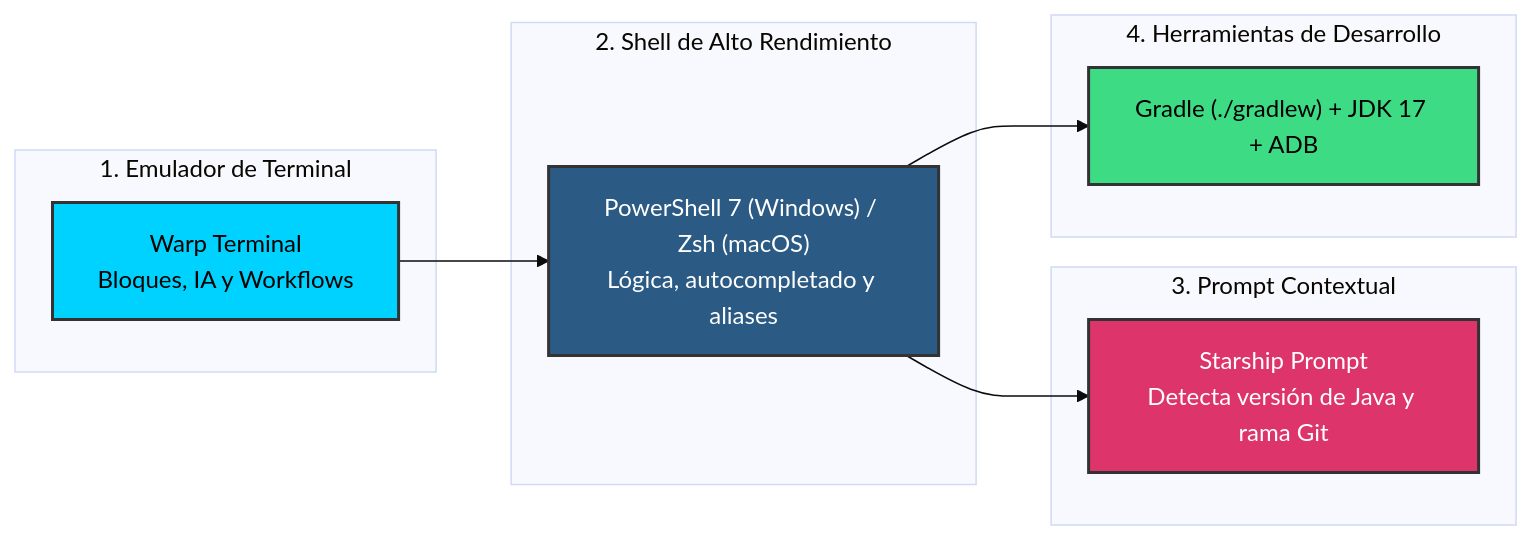
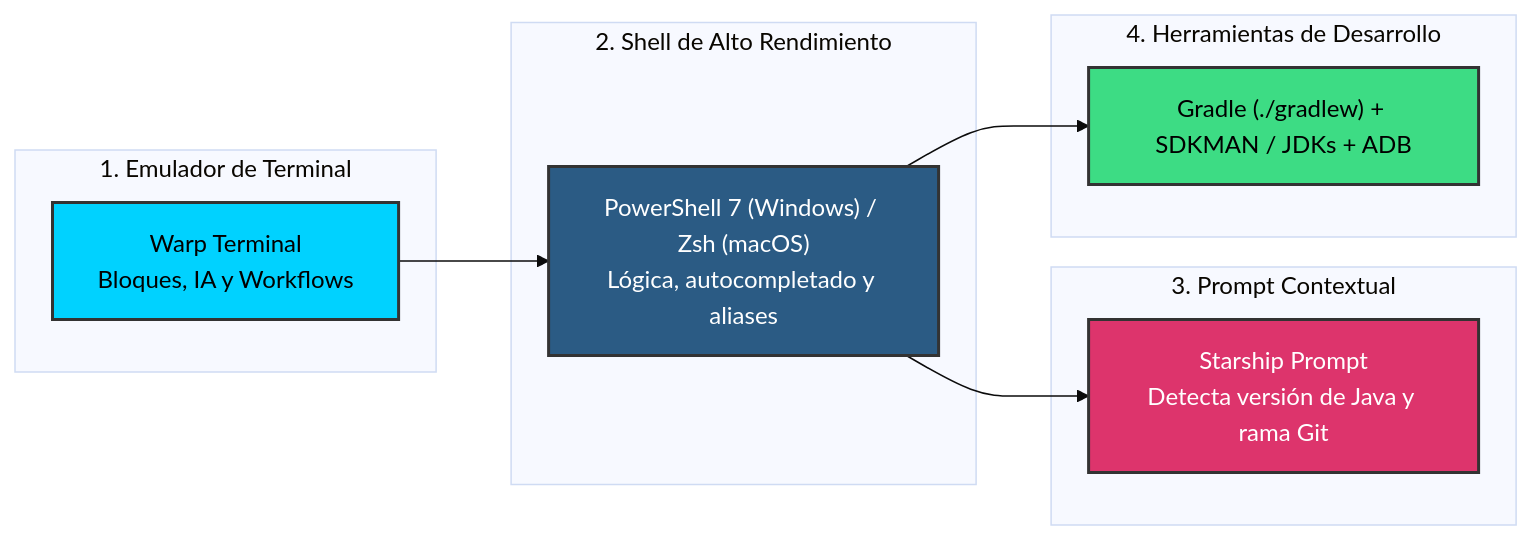
One commit to jssdocente/pmdm2627d changed the first of 2 diagrams in docs/temas/00-android/00-tools/05-terminal-warp.md. Above: the diagram before and after it, drawn with Mermaid (base theme). The commit also changed other lines of this file and 2 other files, not shown here.

Commit message:
docs: actualizar versiones de Android (API 36/37), vinculación UT1-IntelliJ y gestión de JDK con SDKMAN

````diff
--- a/docs/temas/00-android/00-tools/05-terminal-warp.md
+++ b/docs/temas/00-android/00-tools/05-terminal-warp.md
@@ -17,27 +17,27 @@
 ```mermaid
 graph LR
     subgraph CapaVisual[1. Emulador de Terminal]
         Warp[Warp Terminal<br>Bloques, IA y Workflows]
     end
 
     subgraph CapaInterprete[2. Shell de Alto Rendimiento]
         Shell["PowerShell 7 (Windows) / Zsh (macOS)<br>Lógica, autocompletado y aliases"]
     end
 
     subgraph CapaPrompt[3. Prompt Contextual]
         Starship["Starship Prompt<br>Detecta versión de Java y rama Git"]
     end
 
     subgraph CapaHerramientas[4. Herramientas de Desarrollo]
-        Tools["Gradle (./gradlew) + JDK 17 + ADB"]
+        Tools["Gradle (./gradlew) + SDKMAN / JDKs + ADB"]
     end
 
     Warp --> Shell
     Shell --> Starship
     Shell --> Tools
 
     style Warp fill:#00d2ff,stroke:#333,stroke-width:2px,color:#000
     style Shell fill:#2b5b84,stroke:#333,stroke-width:2px,color:#fff
     style Starship fill:#dd346c,stroke:#333,stroke-width:2px,color:#fff
     style Tools fill:#3ddc84,stroke:#333,stroke-width:2px,color:#000
 ```
````
